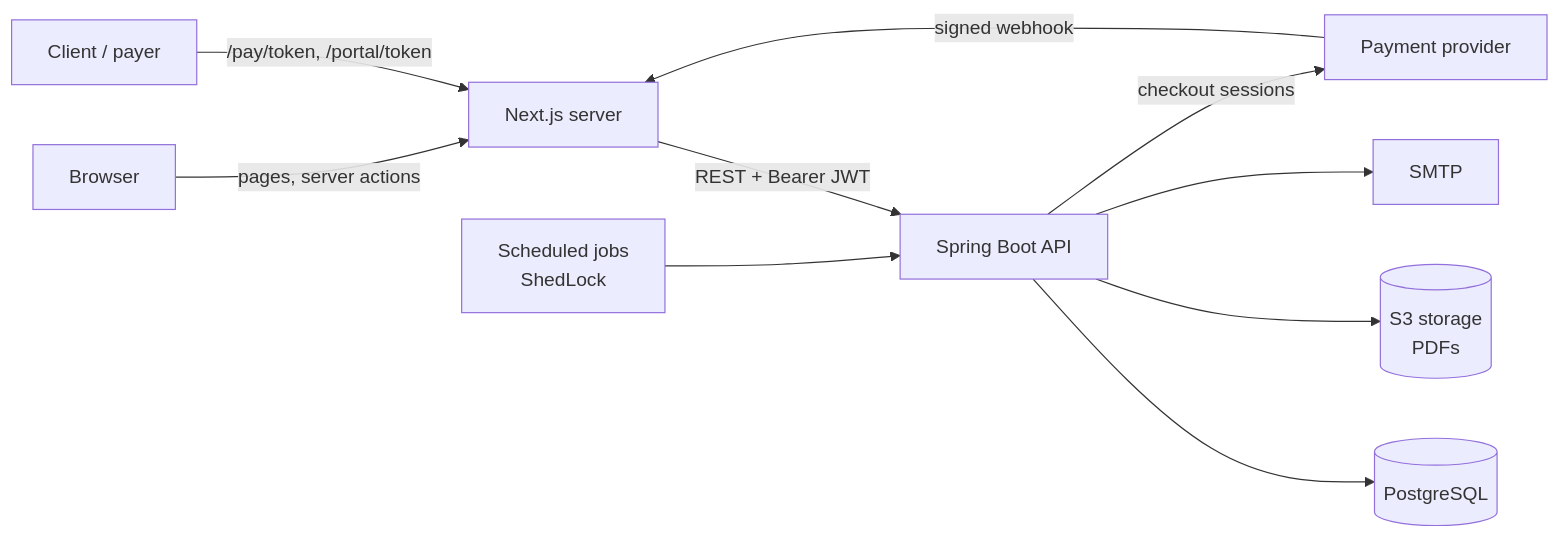
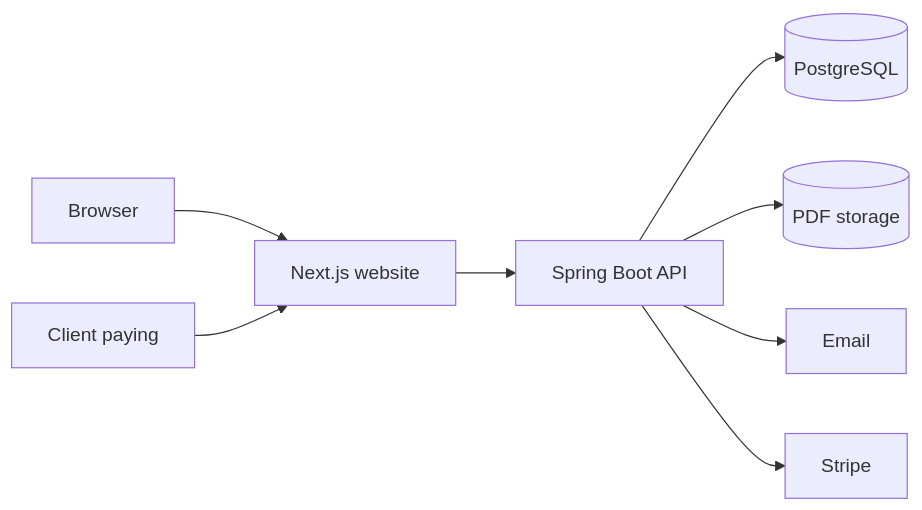
One commit to Qusayijrab/fatoora changed the first of 2 diagrams in README.md. Above: the diagram before and after it, drawn with Mermaid. The commit also changed other lines of this file, not shown here.

````diff
--- a/README.md
+++ b/README.md
@@ -140,12 +127,10 @@
 ```mermaid
 flowchart LR
-    B[Browser] -->|pages, server actions| N[Next.js server]
-    C[Client / payer] -->|/pay/token, /portal/token| N
-    P[Payment provider] -->|signed webhook| N
-    N -->|REST + Bearer JWT| S[Spring Boot API]
+    B[Browser] --> N[Next.js website]
+    C[Client paying] --> N
+    N --> S[Spring Boot API]
     S --> DB[(PostgreSQL)]
-    S --> O[(S3 storage<br/>PDFs)]
-    S --> M[SMTP]
-    S -->|checkout sessions| P
-    J[Scheduled jobs<br/>ShedLock] --> S
+    S --> F[(PDF storage)]
+    S --> E[Email]
+    S --> P[Stripe]
 ```
````
